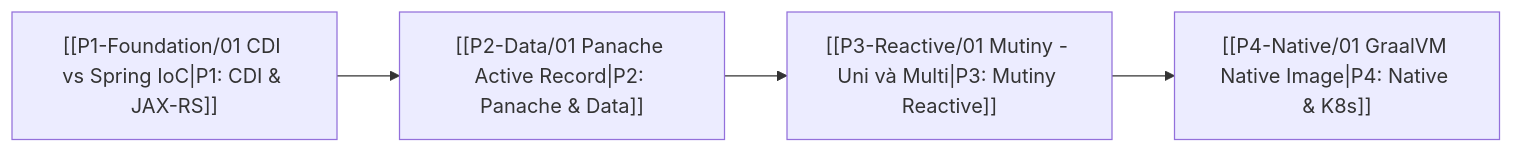
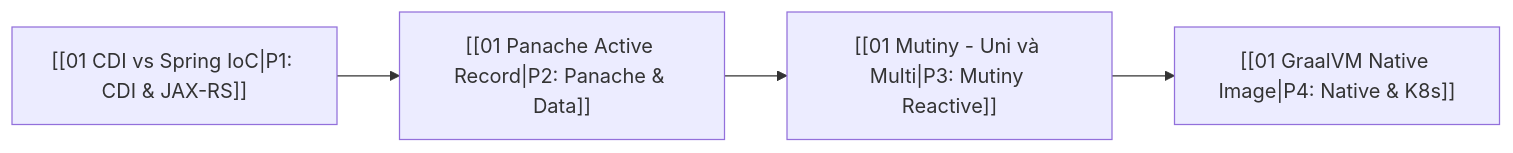
Before and after one commit to dangthobach/dangthobach.github.io: the third of 3 diagrams in quartz/content/JVM-Frameworks-2026/01-Quarkus/00 Quarkus Overview.md, drawn with Mermaid. The commit also changed other lines of this file and 186 other files, not shown here.

````diff
--- a/quartz/content/JVM-Frameworks-2026/01-Quarkus/00 Quarkus Overview.md
+++ b/quartz/content/JVM-Frameworks-2026/01-Quarkus/00 Quarkus Overview.md
@@ -123,7 +123,7 @@
 ```mermaid
 flowchart LR
-    A["[[P1-Foundation/01 CDI vs Spring IoC|P1: CDI & JAX-RS]]"] -->
-    B["[[P2-Data/01 Panache Active Record|P2: Panache & Data]]"] -->
-    C["[[P3-Reactive/01 Mutiny - Uni và Multi|P3: Mutiny Reactive]]"] -->
-    D["[[P4-Native/01 GraalVM Native Image|P4: Native & K8s]]"]
+    A["[[01 CDI vs Spring IoC|P1: CDI & JAX-RS]]"] -->
+    B["[[01 Panache Active Record|P2: Panache & Data]]"] -->
+    C["[[01 Mutiny - Uni và Multi|P3: Mutiny Reactive]]"] -->
+    D["[[01 GraalVM Native Image|P4: Native & K8s]]"]
 ```
````
